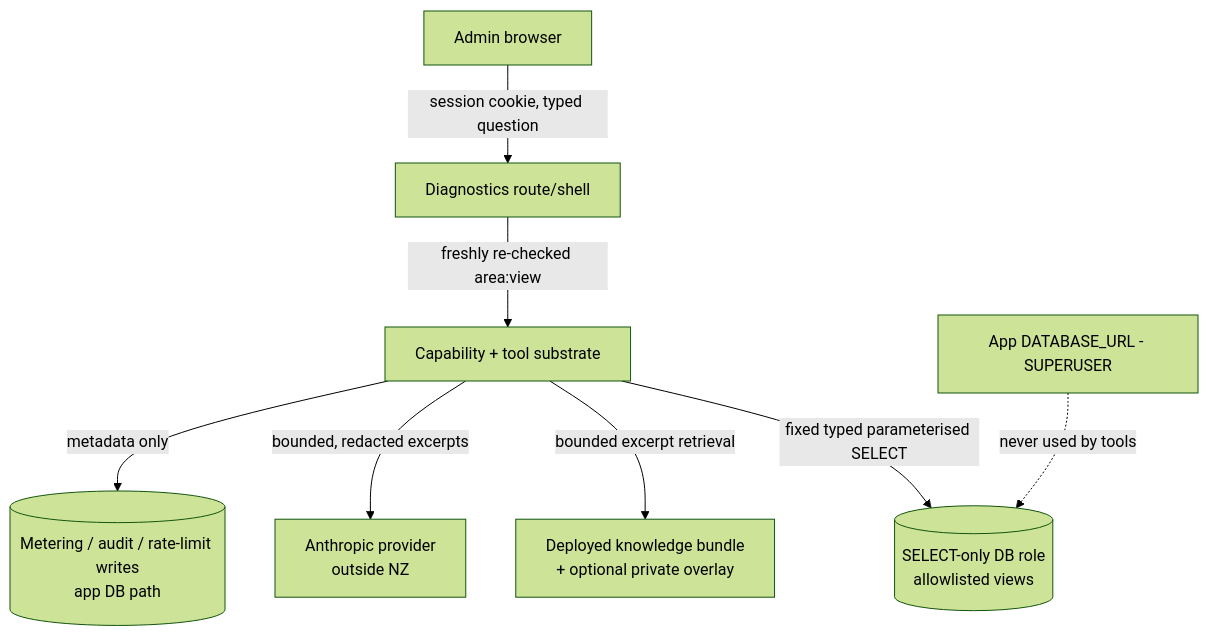
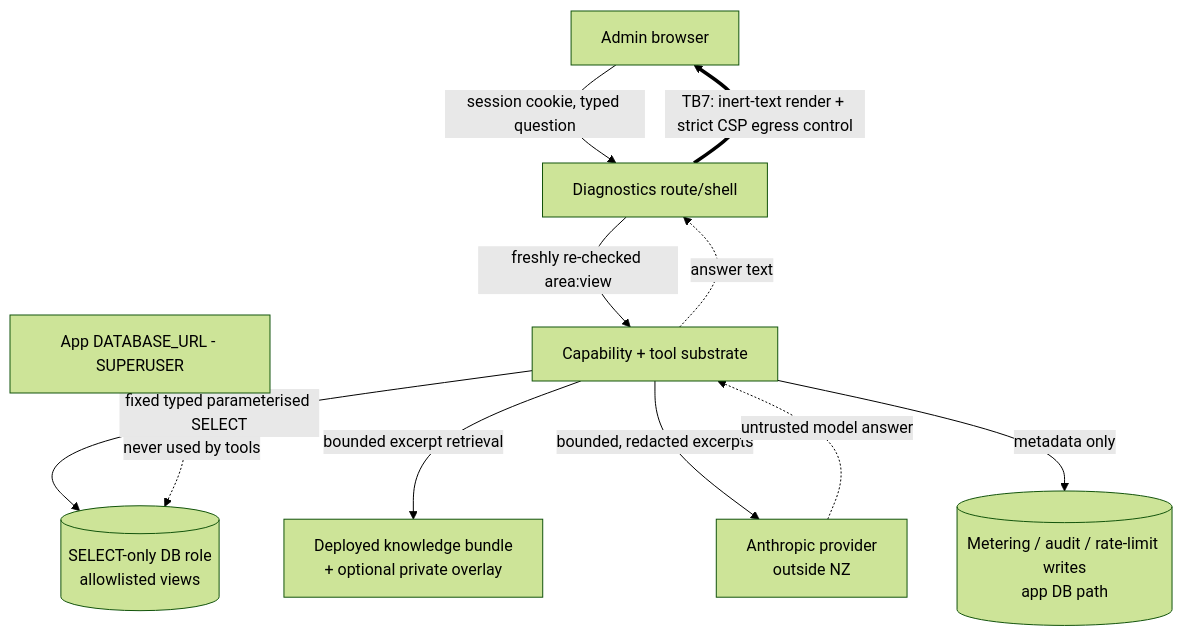
The diagram in docs/ai-diagnostics/threat-model.md (hoppers99/AlpineClubBookingsNZ), drawn with Mermaid (forest theme) before and after one commit. The commit also changed other lines of this file and 5 other files, not shown here.

First line of the commit message:
fix(#2370): add TB7 output-channel trust boundary + AC8 + ADR-008 (inert render + CSP)

````diff
--- a/docs/ai-diagnostics/threat-model.md
+++ b/docs/ai-diagnostics/threat-model.md
@@ -57,10 +57,13 @@
 ```mermaid
 flowchart TD
   A[Admin browser] -->|session cookie, typed question| B[Diagnostics route/shell]
   B -->|freshly re-checked area:view| C[Capability + tool substrate]
   C -->|fixed typed parameterised SELECT| D[(SELECT-only DB role<br/>allowlisted views)]
   C -->|bounded excerpt retrieval| E[Deployed knowledge bundle<br/>+ optional private overlay]
   C -->|bounded, redacted excerpts| F[Anthropic provider<br/>outside NZ]
   C -->|metadata only| G[(Metering / audit / rate-limit writes<br/>app DB path)]
   H[App DATABASE_URL - SUPERUSER] -. never used by tools .-> D
+  F -.->|untrusted model answer| C
+  C -.->|answer text| B
+  B ==>|TB7: inert-text render + strict CSP egress control| A
 ```
````
